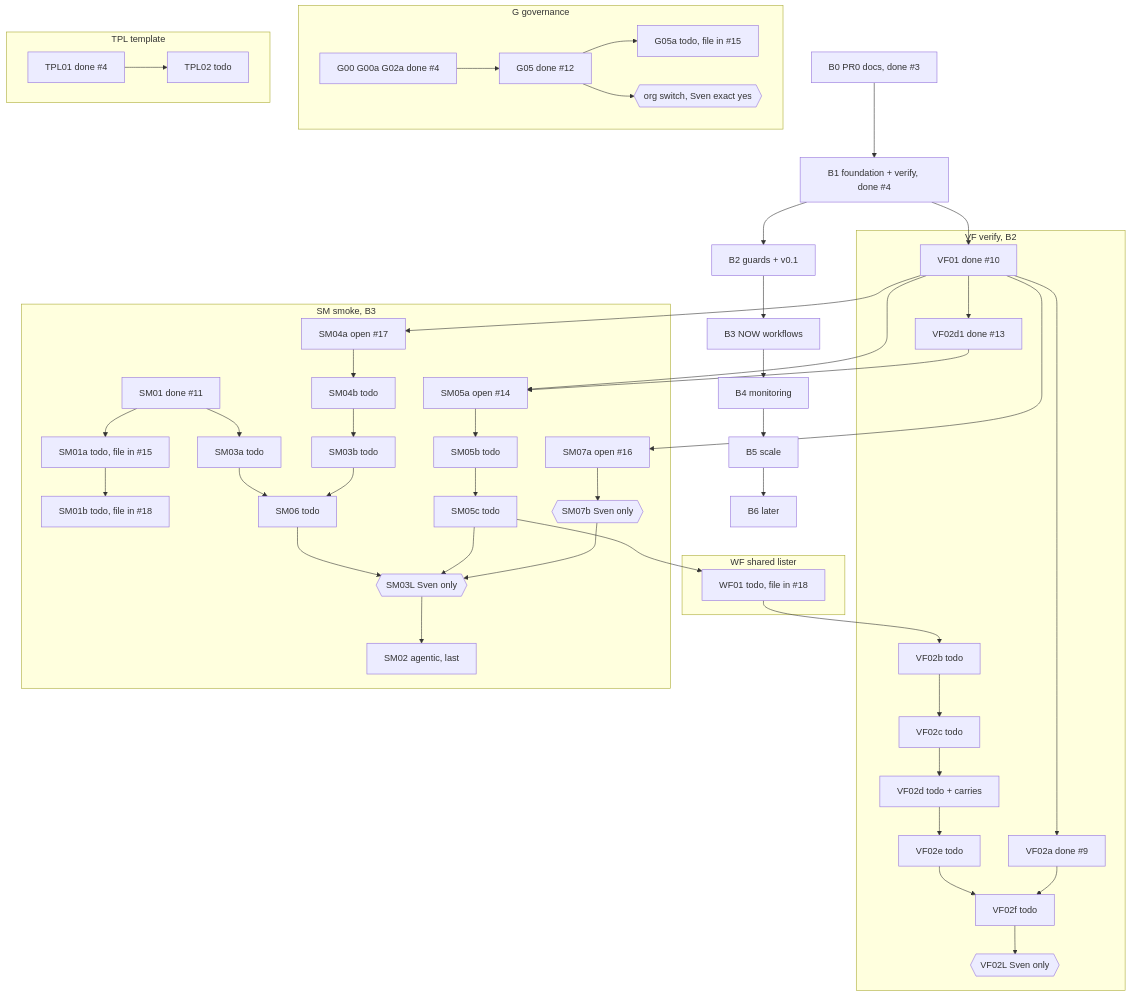
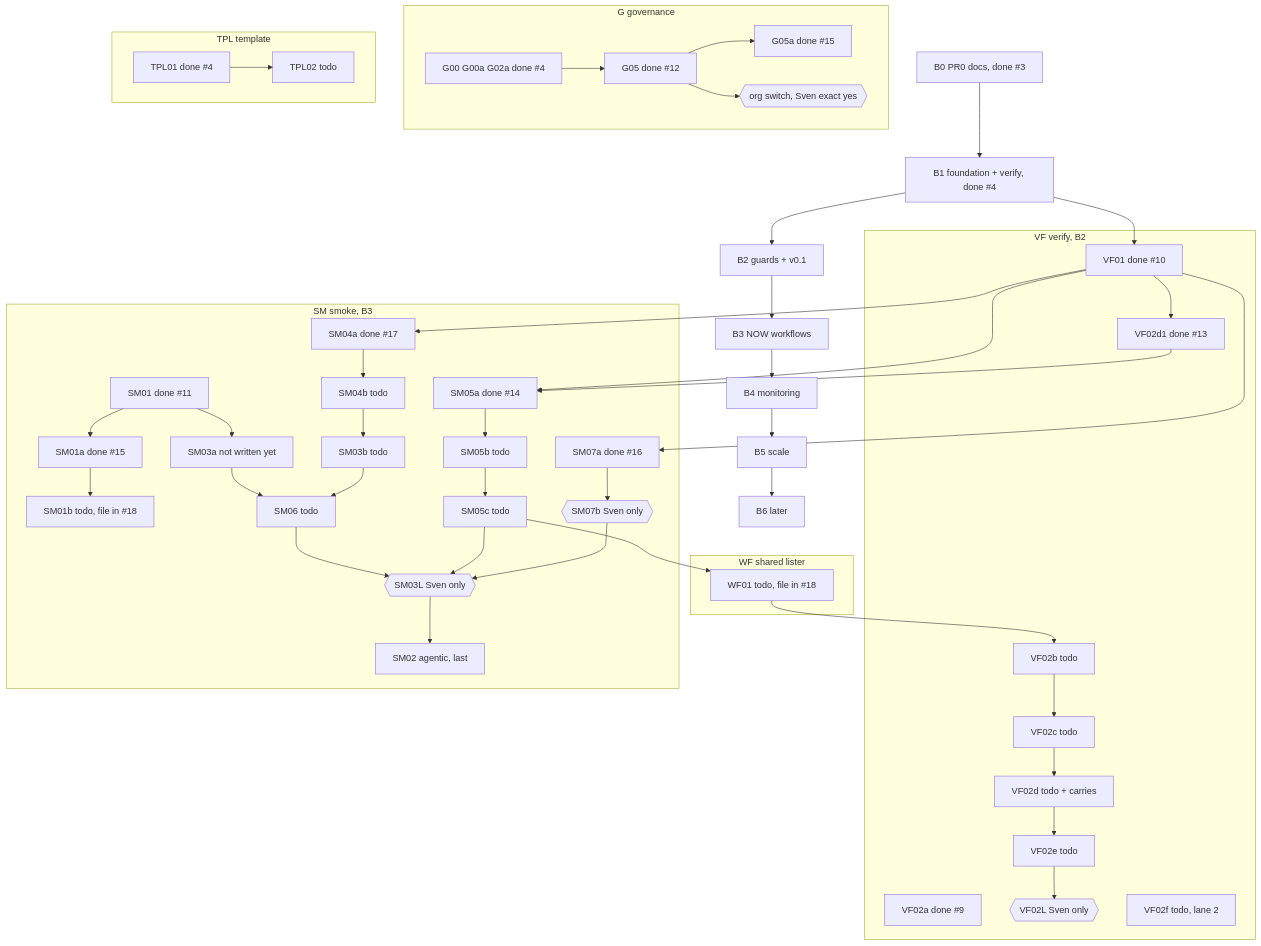
The diagram in docs/ROADMAP.md (svennijhuis/agentic-workflows), drawn with Mermaid before and after one commit. The commit also changed other lines of this file and 1 other file, not shown here.

Commit message:
ROADMAP r1: Reviewer 6426026601 mediums and lows, Cursor 5658249076, Strategy lane 2 order, #14 #15 #16 #17 merged

````diff
--- a/docs/ROADMAP.md
+++ b/docs/ROADMAP.md
@@ -17,53 +17,52 @@
 ```mermaid
 flowchart TD
   B0[B0 PR0 docs, done #3] --> B1[B1 foundation + verify, done #4]
   B1 --> B2[B2 guards + v0.1]
   B2 --> B3[B3 NOW workflows]
   B3 --> B4[B4 monitoring]
   B4 --> B5[B5 scale]
   B5 --> B6[B6 later]
 
   subgraph VF[VF verify, B2]
-    VF01[VF01 done #10] --> VF02a[VF02a done #9]
-    VF01 --> VF02d1[VF02d1 done #13]
-    VF02b[VF02b todo] --> VF02c[VF02c todo] --> VF02d[VF02d todo + carries] --> VF02e[VF02e todo] --> VF02f[VF02f todo]
-    VF02a --> VF02f
-    VF02f --> VF02L{{VF02L Sven only}}
+    VF01[VF01 done #10] --> VF02d1[VF02d1 done #13]
+    VF02a[VF02a done #9]
+    VF02b[VF02b todo] --> VF02c[VF02c todo] --> VF02d[VF02d todo + carries] --> VF02e[VF02e todo] --> VF02L{{VF02L Sven only}}
+    VF02f[VF02f todo, lane 2]
   end
 
   subgraph SM[SM smoke, B3]
-    SM01[SM01 done #11] --> SM01a[SM01a todo, file in #15] --> SM01b[SM01b todo, file in #18]
-    SM05a[SM05a open #14] --> SM05b[SM05b todo] --> SM05c[SM05c todo]
-    SM07a[SM07a open #16] --> SM07b{{SM07b Sven only}}
-    SM04a[SM04a open #17] --> SM04b[SM04b todo]
-    SM01 --> SM03a[SM03a todo]
+    SM01[SM01 done #11] --> SM01a[SM01a done #15] --> SM01b[SM01b todo, file in #18]
+    SM05a[SM05a done #14] --> SM05b[SM05b todo] --> SM05c[SM05c todo]
+    SM07a[SM07a done #16] --> SM07b{{SM07b Sven only}}
+    SM04a[SM04a done #17] --> SM04b[SM04b todo]
+    SM01 --> SM03a[SM03a not written yet]
     SM04b --> SM03b[SM03b todo]
     SM03a --> SM06[SM06 todo]
     SM03b --> SM06
     SM06 --> SM03L{{SM03L Sven only}}
     SM05c --> SM03L
     SM07b --> SM03L
     SM03L --> SM02[SM02 agentic, last]
   end
 
   subgraph WF[WF shared lister]
     WF01[WF01 todo, file in #18]
   end
 
   subgraph G[G governance]
-    G00[G00 G00a G02a done #4] --> G05[G05 done #12] --> G05a[G05a todo, file in #15]
+    G00[G00 G00a G02a done #4] --> G05[G05 done #12] --> G05a[G05a done #15]
     G05 --> GSW{{org switch, Sven exact yes}}
   end
 
   subgraph TPL[TPL template]
     TPL01[TPL01 done #4] --> TPL02[TPL02 todo]
   end
 
   VF01 --> SM05a
   VF02d1 --> SM05a
   SM05c --> WF01
   WF01 --> VF02b
   VF01 --> SM07a
   VF01 --> SM04a
   B1 --> VF01
 ```
````
